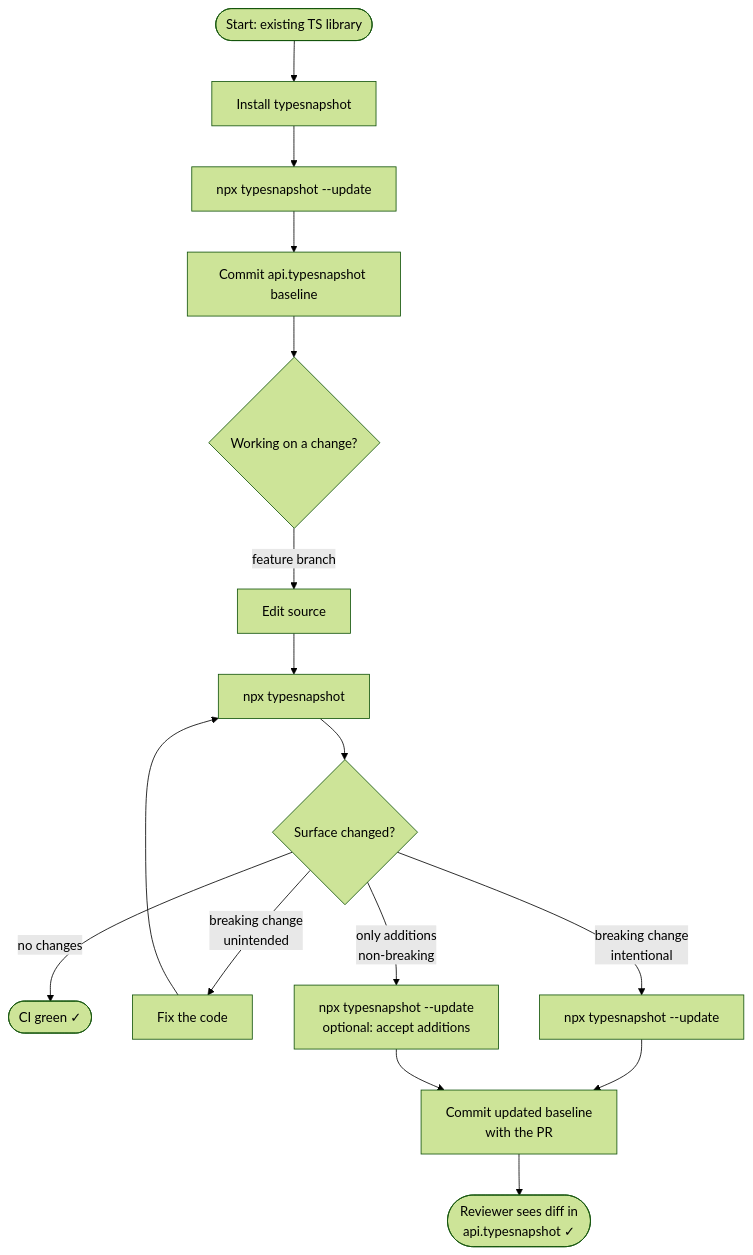
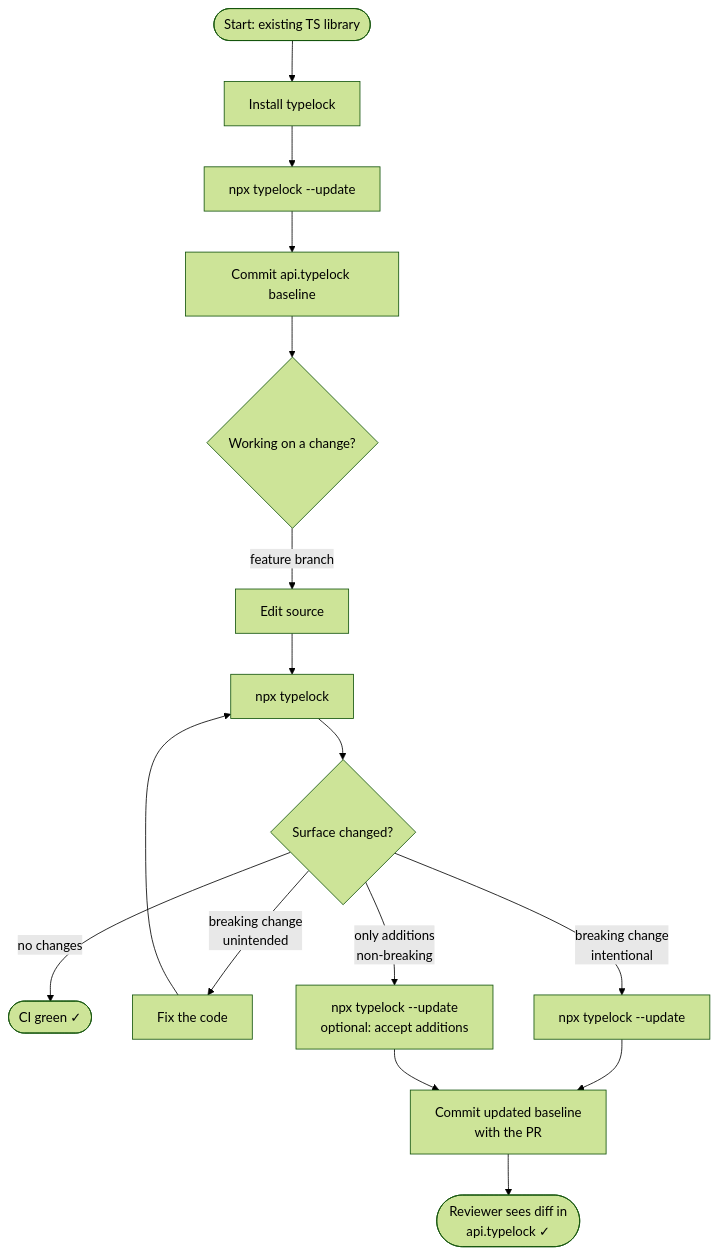
The diagram in tutorial.md (ZRktty/typelock), drawn with Mermaid (forest theme) before and after one commit. The commit also changed other lines of this file and 7 other files, not shown here.

First line of the commit message:
chore: rename package and CLI from typesnapshot to typelock

````diff
--- a/tutorial.md
+++ b/tutorial.md
@@ -25,22 +25,22 @@
 ```mermaid
 flowchart TD
-    A([Start: existing TS library]) --> B[Install typesnapshot]
-    B --> C[npx typesnapshot --update]
-    C --> D[Commit api.typesnapshot baseline]
+    A([Start: existing TS library]) --> B[Install typelock]
+    B --> C[npx typelock --update]
+    C --> D[Commit api.typelock baseline]
     D --> E{Working on a change?}
 
     E -- feature branch --> F[Edit source]
-    F --> G[npx typesnapshot]
+    F --> G[npx typelock]
 
     G --> H{Surface changed?}
 
     H -- no changes --> I([CI green ✓])
     H -- breaking change\nunintended --> J[Fix the code]
     J --> G
-    H -- breaking change\nintentional --> K[npx typesnapshot --update]
+    H -- breaking change\nintentional --> K[npx typelock --update]
     K --> L[Commit updated baseline\nwith the PR]
-    L --> M([Reviewer sees diff in\napi.typesnapshot ✓])
+    L --> M([Reviewer sees diff in\napi.typelock ✓])
 
-    H -- only additions\nnon-breaking --> N[npx typesnapshot --update\noptional: accept additions]
+    H -- only additions\nnon-breaking --> N[npx typelock --update\noptional: accept additions]
     N --> L
 ```
````
